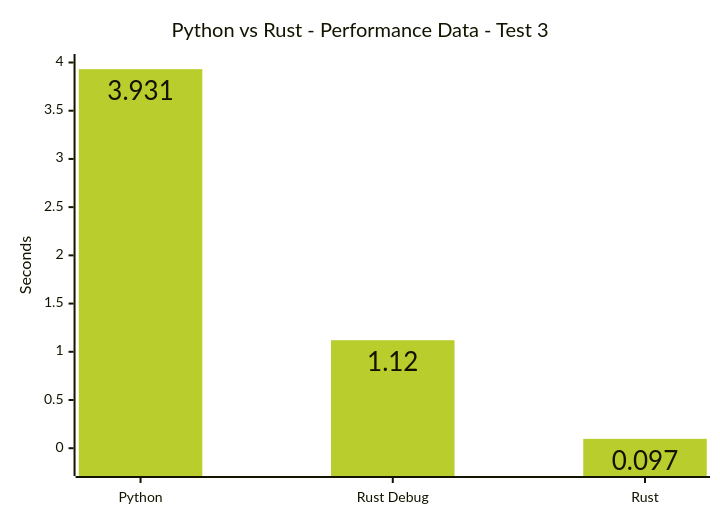
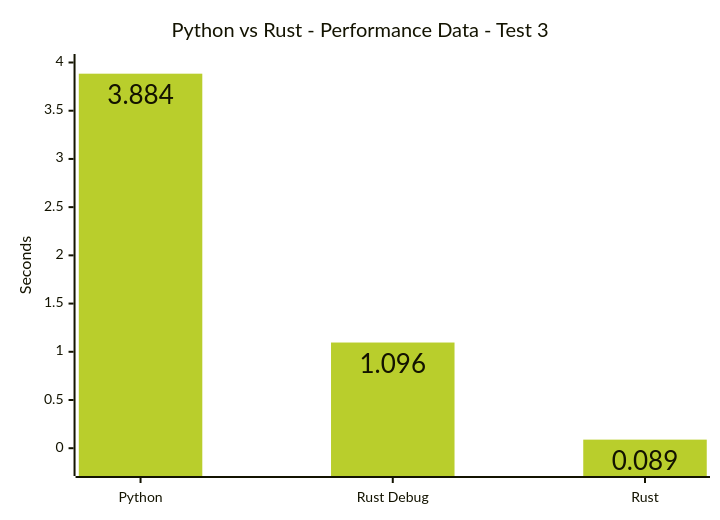
One commit to frozenfrank/watersort changed the diagram in performance_testing/PERFORMANCE.md. Above: the diagram before and after it, drawn with Mermaid. The commit also changed other lines of this file and 1 other file, not shown here.

Commit message:
Update graph with average values from an expanded analysis script

````diff
--- a/performance_testing/PERFORMANCE.md
+++ b/performance_testing/PERFORMANCE.md
@@ -253,21 +237,21 @@
 ```mermaid
 ---
 config:
     xyChart:
         showDataLabel: true
     themeVariables:
         xyChart:
             plotColorPalette: '#B9CE2C, #412CCE, #412CCE, #412CCE, #412CCE, #412CCE, #412CCE'
 ---
 xychart
     title "Python vs Rust - Performance Data - Test 3"
     x-axis [Python, "Rust Debug", Rust]
     y-axis "Seconds" -0.2 --> 4
-    bar [3.931, 1.12, 0.097]
+    bar [3.884, 1.096, 0.089]
     %% line [3.931, 1.12, 0.097]
     %% line [3.8568, 1.0856, 0.0852]
     %% line [3.8498, 1.0715, 0.0736]
     %% line [3.929, 1.15, 0.109]
     %% line [3.9385, 1.1, 0.104]
     %% line [3.9039, 1.1146, 0.1005]
 ```
````
